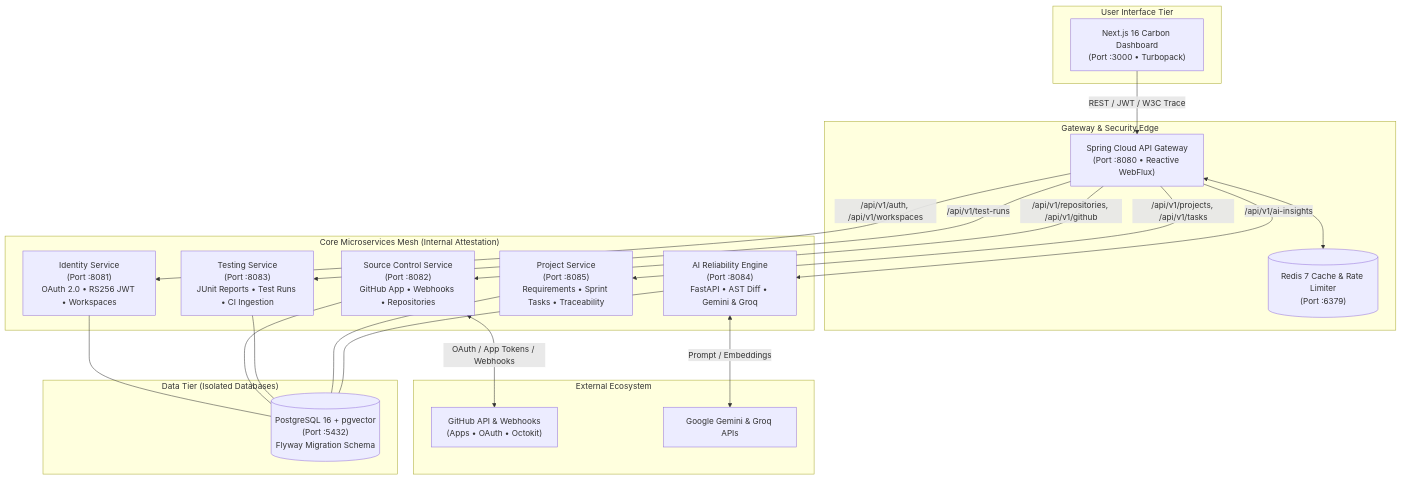
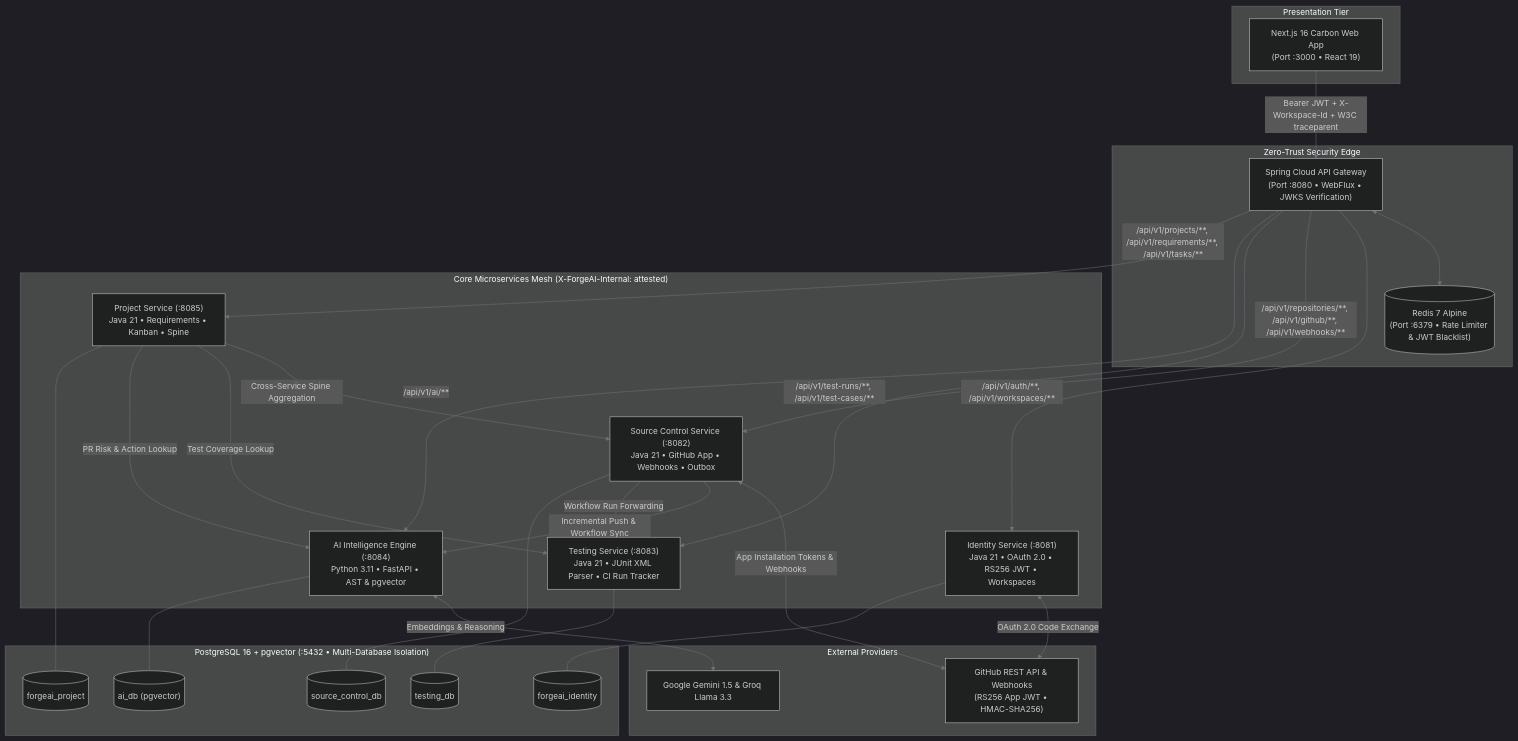
One commit to rajpagare01/ForgeAI changed the first of 2 diagrams in README.md. Above: the diagram before and after it, drawn with Mermaid. The commit also changed other lines of this file, not shown here.

````diff
--- a/README.md
+++ b/README.md
@@ -87,46 +80,57 @@
 ```mermaid
+%%{init: {'theme': 'dark', 'themeVariables': { 'primaryColor': '#18181b', 'primaryTextColor': '#f4f4f5', 'primaryBorderColor': '#3f3f46', 'lineColor': '#71717a', 'secondaryColor': '#09090b', 'tertiaryColor': '#111113'}}}%%
 flowchart TD
-    subgraph ClientTier ["User Interface Tier"]
-        UI["Next.js 16 Carbon Dashboard\n(Port :3000 • Turbopack)"]
+    subgraph ClientTier ["Presentation Tier"]
+        UI["Next.js 16 Carbon Web App\n(Port :3000 • React 19)"]
     end
 
-    subgraph EdgeTier ["Gateway & Security Edge"]
-        GW["Spring Cloud API Gateway\n(Port :8080 • Reactive WebFlux)"]
-        Redis[("Redis 7 Cache & Rate Limiter\n(Port :6379)")]
+    subgraph EdgeTier ["Zero-Trust Security Edge"]
+        GW["Spring Cloud API Gateway\n(Port :8080 • WebFlux • JWKS Verification)"]
+        Redis[("Redis 7 Alpine\n(Port :6379 • Rate Limiter & JWT Blacklist)")]
         GW <--> Redis
     end
 
-    subgraph ServiceMesh ["Core Microservices Mesh (Internal Attestation)"]
-        Identity["Identity Service\n(Port :8081)\nOAuth 2.0 • RS256 JWT • Workspaces"]
-        SourceControl["Source Control Service\n(Port :8082)\nGitHub App • Webhooks • Repositories"]
-        Testing["Testing Service\n(Port :8083)\nJUnit Reports • Test Runs • CI Ingestion"]
-        Project["Project Service\n(Port :8085)\nRequirements • Sprint Tasks • Traceability"]
-        AI["AI Reliability Engine\n(Port :8084)\nFastAPI • AST Diff • Gemini & Groq"]
+    subgraph ServiceMesh ["Core Microservices Mesh (X-ForgeAI-Internal: attested)"]
+        Identity["Identity Service (:8081)\nJava 21 • OAuth 2.0 • RS256 JWT • Workspaces"]
+        SourceControl["Source Control Service (:8082)\nJava 21 • GitHub App • Webhooks • Outbox"]
+        Testing["Testing Service (:8083)\nJava 21 • JUnit XML Parser • CI Run Tracker"]
+        AI["AI Intelligence Engine (:8084)\nPython 3.11 • FastAPI • AST & pgvector"]
+        Project["Project Service (:8085)\nJava 21 • Requirements • Kanban • Spine"]
     end
 
-    subgraph External ["External Ecosystem"]
-        GitHub["GitHub API & Webhooks\n(Apps • OAuth • Octokit)"]
-        LLM["Google Gemini & Groq APIs"]
+    subgraph External ["External Providers"]
+        GitHub["GitHub REST API & Webhooks\n(RS256 App JWT • HMAC-SHA256)"]
+        LLM["Google Gemini 1.5 & Groq Llama 3.3"]
     end
 
-    subgraph Persistence ["Data Tier (Isolated Databases)"]
-        PG[("PostgreSQL 16 + pgvector\n(Port :5432)\nFlyway Migration Schema")]
+    subgraph Persistence ["PostgreSQL 16 + pgvector (:5432 • Multi-Database Isolation)"]
+        DB1[("forgeai_identity")]
+        DB2[("source_control_db")]
+        DB3[("testing_db")]
+        DB4[("ai_db (pgvector)")]
+        DB5[("forgeai_project")]
     end
 
-    UI -->|REST / JWT / W3C Trace| GW
+    UI -->|"Bearer JWT + X-Workspace-Id + W3C traceparent"| GW
 
-    GW -->|/api/v1/auth, /api/v1/workspaces| Identity
-    GW -->|/api/v1/repositories, /api/v1/github| SourceControl
-    GW -->|/api/v1/test-runs| Testing
-    GW -->|/api/v1/projects, /api/v1/tasks| Project
-    GW -->|/api/v1/ai-insights| AI
+    GW -->|"/api/v1/auth/**, /api/v1/workspaces/**"| Identity
+    GW -->|"/api/v1/repositories/**, /api/v1/github/**, /api/v1/webhooks/**"| SourceControl
+    GW -->|"/api/v1/test-runs/**, /api/v1/test-cases/**"| Testing
+    GW -->|"/api/v1/ai/**"| AI
+    GW -->|"/api/v1/projects/**, /api/v1/requirements/**, /api/v1/tasks/**"| Project
 
-    SourceControl <-->|OAuth / App Tokens / Webhooks| GitHub
-    AI <-->|Prompt / Embeddings| LLM
+    SourceControl <-->|"App Installation Tokens & Webhooks"| GitHub
+    Identity <-->|"OAuth 2.0 Code Exchange"| GitHub
+    SourceControl -->|"Incremental Push & Workflow Sync"| AI
+    SourceControl -->|"Workflow Run Forwarding"| Testing
+    Project -->|"Cross-Service Spine Aggregation"| SourceControl
+    Project -->|"Test Coverage Lookup"| Testing
+    Project -->|"PR Risk & Action Lookup"| AI
+    AI <-->|"Embeddings & Reasoning"| LLM
 
-    Identity --- PG
-    SourceControl --- PG
-    Testing --- PG
-    Project --- PG
-    AI --- PG
+    Identity --- DB1
+    SourceControl --- DB2
+    Testing --- DB3
+    AI --- DB4
+    Project --- DB5
 ```
````
